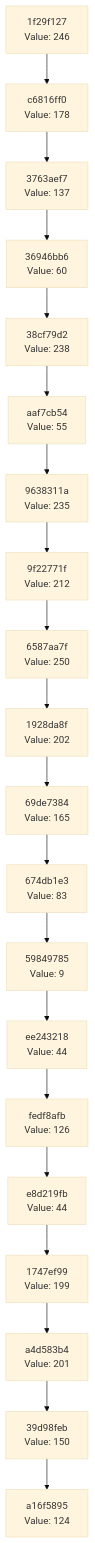
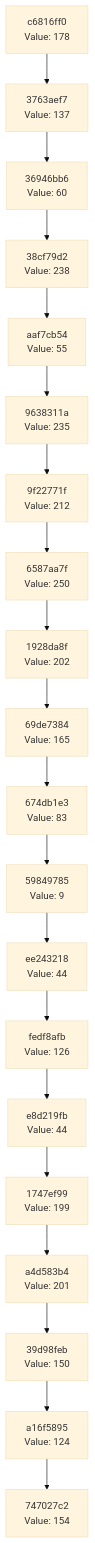
The diagram in docs/CHAIN_VISUALIZATION.md (Abhisheksinha1506/hash-chain-evolver), drawn with Mermaid (base theme) before and after one commit. The commit also changed 3 other files, not shown here.

````diff
--- a/docs/CHAIN_VISUALIZATION.md
+++ b/docs/CHAIN_VISUALIZATION.md
@@ -3,42 +3,42 @@
 ```mermaid
 graph TD
-    C0["a16f5895<br/>Value: 124"]
-    C1["39d98feb<br/>Value: 150"]
+    C0["747027c2<br/>Value: 154"]
+    C1["a16f5895<br/>Value: 124"]
     C1 --> C0
-    C2["a4d583b4<br/>Value: 201"]
+    C2["39d98feb<br/>Value: 150"]
     C2 --> C1
-    C3["1747ef99<br/>Value: 199"]
+    C3["a4d583b4<br/>Value: 201"]
     C3 --> C2
-    C4["e8d219fb<br/>Value: 44"]
+    C4["1747ef99<br/>Value: 199"]
     C4 --> C3
-    C5["fedf8afb<br/>Value: 126"]
+    C5["e8d219fb<br/>Value: 44"]
     C5 --> C4
-    C6["ee243218<br/>Value: 44"]
+    C6["fedf8afb<br/>Value: 126"]
     C6 --> C5
-    C7["59849785<br/>Value: 9"]
+    C7["ee243218<br/>Value: 44"]
     C7 --> C6
-    C8["674db1e3<br/>Value: 83"]
+    C8["59849785<br/>Value: 9"]
     C8 --> C7
-    C9["69de7384<br/>Value: 165"]
+    C9["674db1e3<br/>Value: 83"]
     C9 --> C8
-    C10["1928da8f<br/>Value: 202"]
+    C10["69de7384<br/>Value: 165"]
     C10 --> C9
-    C11["6587aa7f<br/>Value: 250"]
+    C11["1928da8f<br/>Value: 202"]
     C11 --> C10
-    C12["9f22771f<br/>Value: 212"]
+    C12["6587aa7f<br/>Value: 250"]
     C12 --> C11
-    C13["9638311a<br/>Value: 235"]
+    C13["9f22771f<br/>Value: 212"]
     C13 --> C12
-    C14["aaf7cb54<br/>Value: 55"]
+    C14["9638311a<br/>Value: 235"]
     C14 --> C13
-    C15["38cf79d2<br/>Value: 238"]
+    C15["aaf7cb54<br/>Value: 55"]
     C15 --> C14
-    C16["36946bb6<br/>Value: 60"]
+    C16["38cf79d2<br/>Value: 238"]
     C16 --> C15
-    C17["3763aef7<br/>Value: 137"]
+    C17["36946bb6<br/>Value: 60"]
     C17 --> C16
-    C18["c6816ff0<br/>Value: 178"]
+    C18["3763aef7<br/>Value: 137"]
     C18 --> C17
-    C19["1f29f127<br/>Value: 246"]
+    C19["c6816ff0<br/>Value: 178"]
     C19 --> C18
 ```
````
